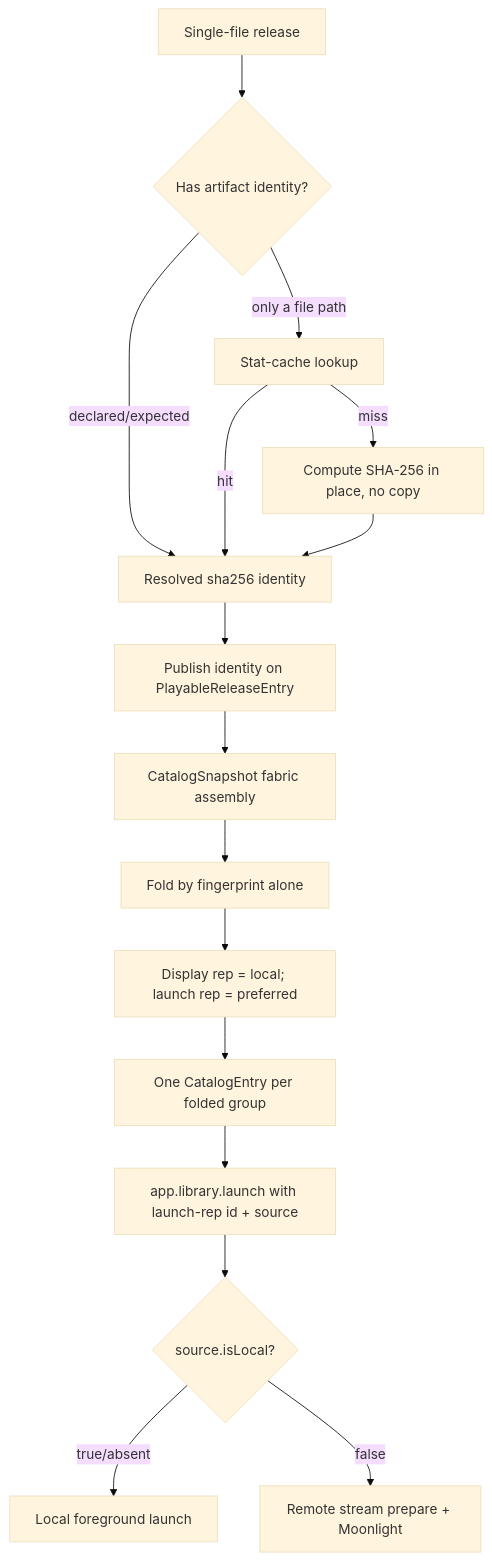
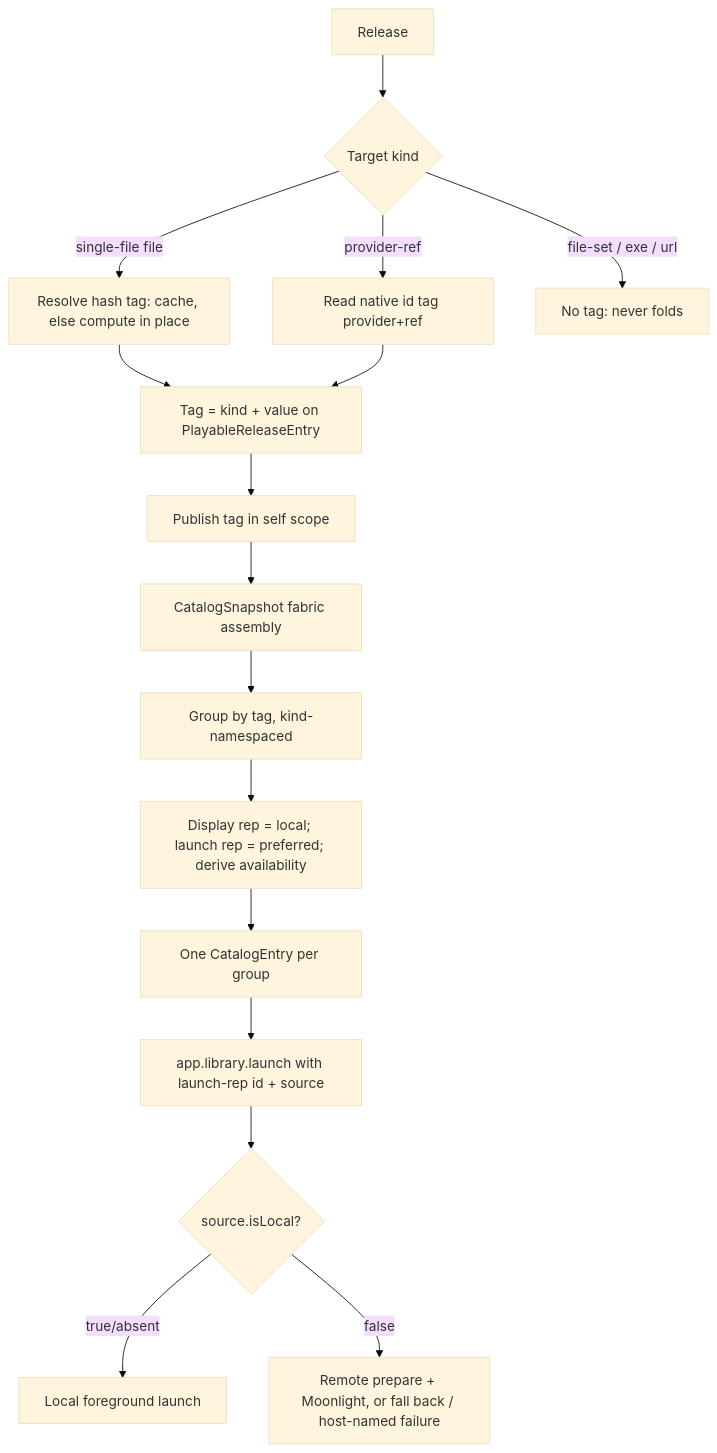
The diagram in work/items/active/01KVVMYE5SFC4H8X5H0EBY7WG3-federated-single-file-folding/plan.md (simonwjackson/korri), drawn with Mermaid (base theme) before and after one commit. The commit also changed other lines of this file and 63 other files, not shown here.

````diff
--- a/work/items/active/01KVVMYE5SFC4H8X5H0EBY7WG3-federated-single-file-folding/plan.md
+++ b/work/items/active/01KVVMYE5SFC4H8X5H0EBY7WG3-federated-single-file-folding/plan.md
@@ -157,17 +160,18 @@
 ```mermaid
 flowchart TD
-  R[Single-file release] --> Q{Has artifact identity?}
-  Q -->|declared/expected| ID[Resolved sha256 identity]
-  Q -->|only a file path| H[Stat-cache lookup]
-  H -->|hit| ID
-  H -->|miss| C[Compute SHA-256 in place, no copy] --> ID
-  ID --> P[Publish identity on PlayableReleaseEntry]
+  R[Release] --> K{Target kind}
+  K -->|single-file file| H[Resolve hash tag: cache, else compute in place]
+  K -->|provider-ref| N[Read native id tag provider+ref]
+  K -->|file-set / exe / url| X[No tag: never folds]
+  H --> T[Tag = kind + value on PlayableReleaseEntry]
+  N --> T
+  T --> P[Publish tag in self scope]
   P --> S[CatalogSnapshot fabric assembly]
-  S --> F[Fold by fingerprint alone]
-  F --> G[Display rep = local; launch rep = preferred]
-  G --> E[One CatalogEntry per folded group]
+  S --> F[Group by tag, kind-namespaced]
+  F --> G[Display rep = local; launch rep = preferred; derive availability]
+  G --> E[One CatalogEntry per group]
   E --> L[app.library.launch with launch-rep id + source]
   L --> M{source.isLocal?}
   M -->|true/absent| LOC[Local foreground launch]
-  M -->|false| REM[Remote stream prepare + Moonlight]
+  M -->|false| REM[Remote prepare + Moonlight, or fall back / host-named failure]
 ```
````
